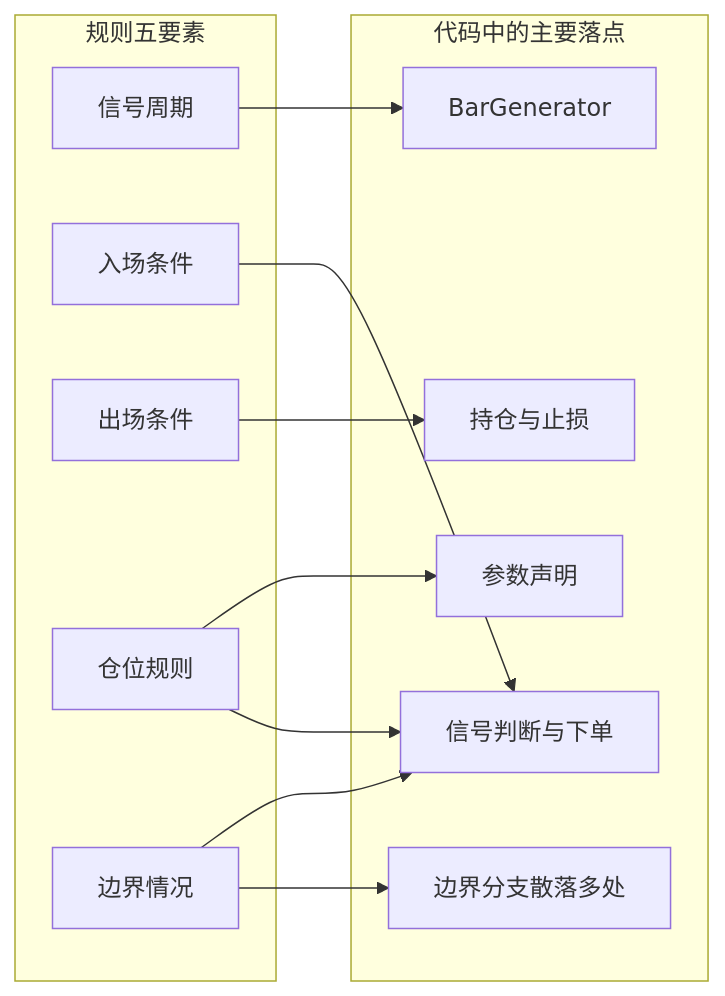
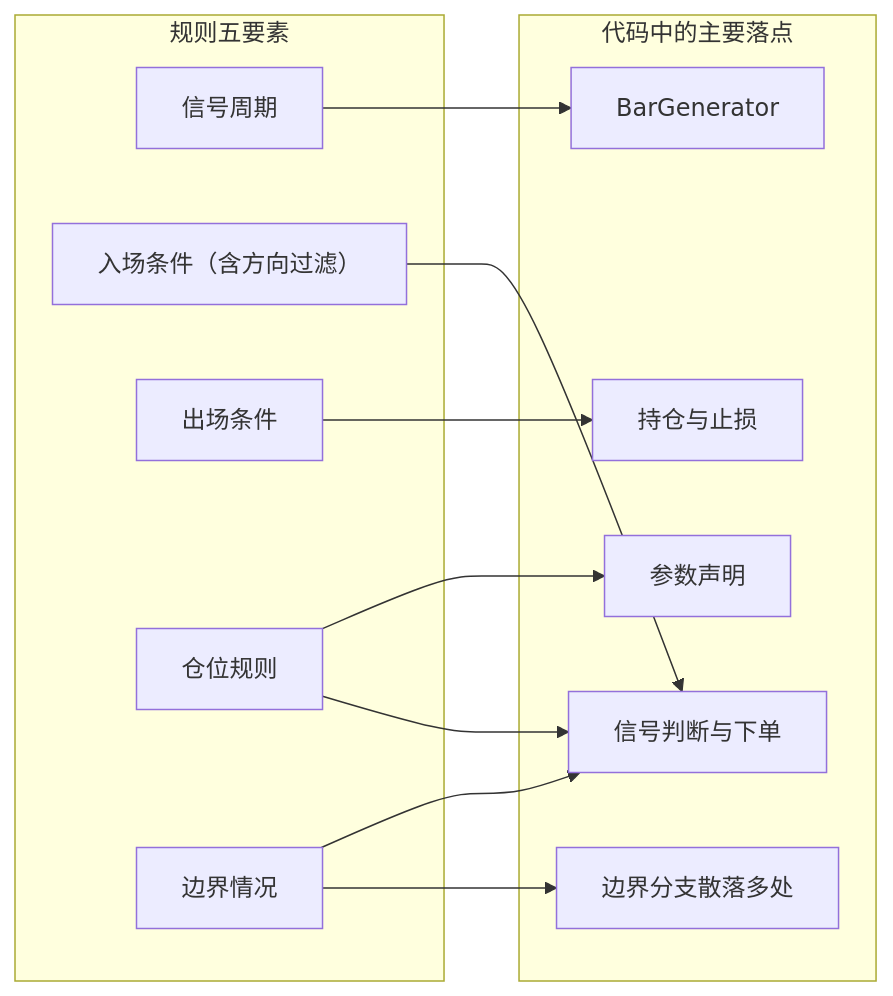
Before and after one commit to vnpy/vnpy: the diagram in article/fusion/4_code.md, drawn with Mermaid. The commit also changed other lines of this file and 4 other files, not shown here.

````diff
--- a/article/fusion/4_code.md
+++ b/article/fusion/4_code.md
@@ -33,24 +50,24 @@
 ```mermaid
 flowchart LR
   subgraph rules [规则五要素]
     r1[信号周期]
-    r2[入场条件]
+    r2[入场条件（含方向过滤）]
     r3[出场条件]
     r4[仓位规则]
     r5[边界情况]
   end
   subgraph code [代码中的主要落点]
     c1[BarGenerator]
     c2[信号判断与下单]
     c3[持仓与止损]
     c4[参数声明]
     c5[边界分支散落多处]
   end
   r1 --> c1
   r2 --> c2
   r3 --> c3
   r4 --> c4
   r4 --> c2
   r5 --> c2
   r5 --> c5
 ```
````
